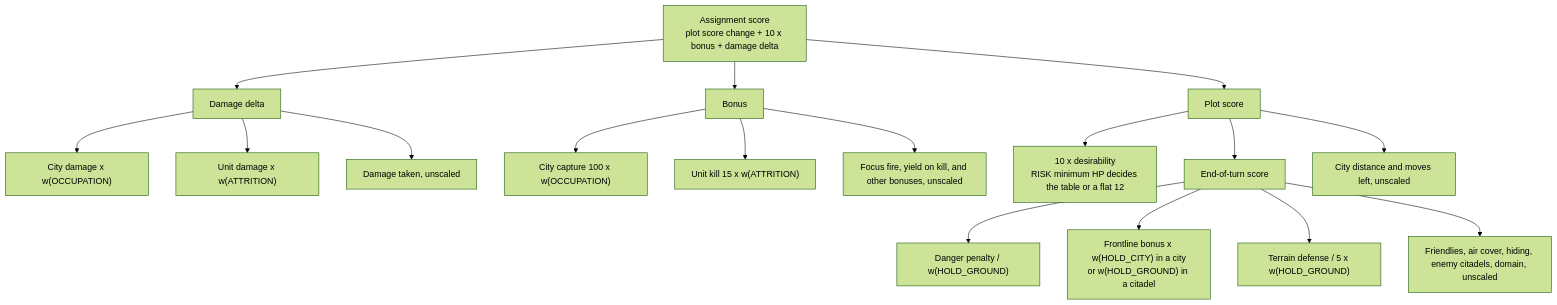
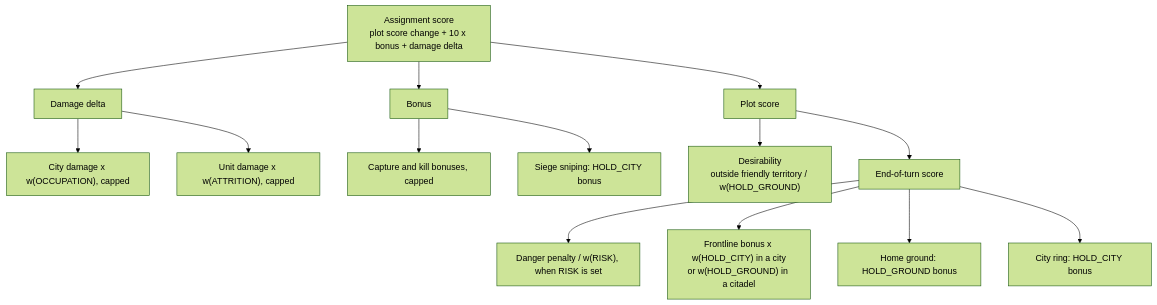
The second of 2 diagrams in docs/developers/civ5-dll/unit-ai/military-tactical-flavors.md (L1TTL3H0rSE/vox-deorum), drawn with Mermaid (forest theme) before and after one commit. The commit also changed other lines of this file and 6 other files, not shown here.

````diff
--- a/docs/developers/civ5-dll/unit-ai/military-tactical-flavors.md
+++ b/docs/developers/civ5-dll/unit-ai/military-tactical-flavors.md
@@ -66,20 +128,17 @@
 ```mermaid
 flowchart TD
     S[Assignment score<br/>plot score change + 10 x bonus + damage delta]
     S --> D[Damage delta]
     S --> B[Bonus]
     S --> P[Plot score]
-    D --> D1["City damage x w(OCCUPATION)"]
-    D --> D2["Unit damage x w(ATTRITION)"]
-    D --> D3[Damage taken, unscaled]
-    B --> B1["City capture 100 x w(OCCUPATION)"]
-    B --> B2["Unit kill 15 x w(ATTRITION)"]
-    B --> B3[Focus fire, yield on kill, and other bonuses, unscaled]
-    P --> P1[10 x desirability<br/>RISK minimum HP decides the table or a flat 12]
+    D --> D1["City damage x w(OCCUPATION), capped"]
+    D --> D2["Unit damage x w(ATTRITION), capped"]
+    B --> B1["Capture and kill bonuses, capped"]
+    B --> B2["Siege sniping: HOLD_CITY bonus"]
+    P --> P1["Desirability<br/>outside friendly territory / w(HOLD_GROUND)"]
     P --> P2[End-of-turn score]
-    P --> P3[City distance and moves left, unscaled]
-    P2 --> E1["Danger penalty / w(HOLD_GROUND)"]
+    P2 --> E1["Danger penalty / w(RISK), when RISK is set"]
     P2 --> E2["Frontline bonus x w(HOLD_CITY) in a city<br/>or w(HOLD_GROUND) in a citadel"]
-    P2 --> E3["Terrain defense / 5 x w(HOLD_GROUND)"]
-    P2 --> E4[Friendlies, air cover, hiding, enemy citadels, domain, unscaled]
+    P2 --> E3["Home ground: HOLD_GROUND bonus"]
+    P2 --> E4["City ring: HOLD_CITY bonus"]
 ```
````
